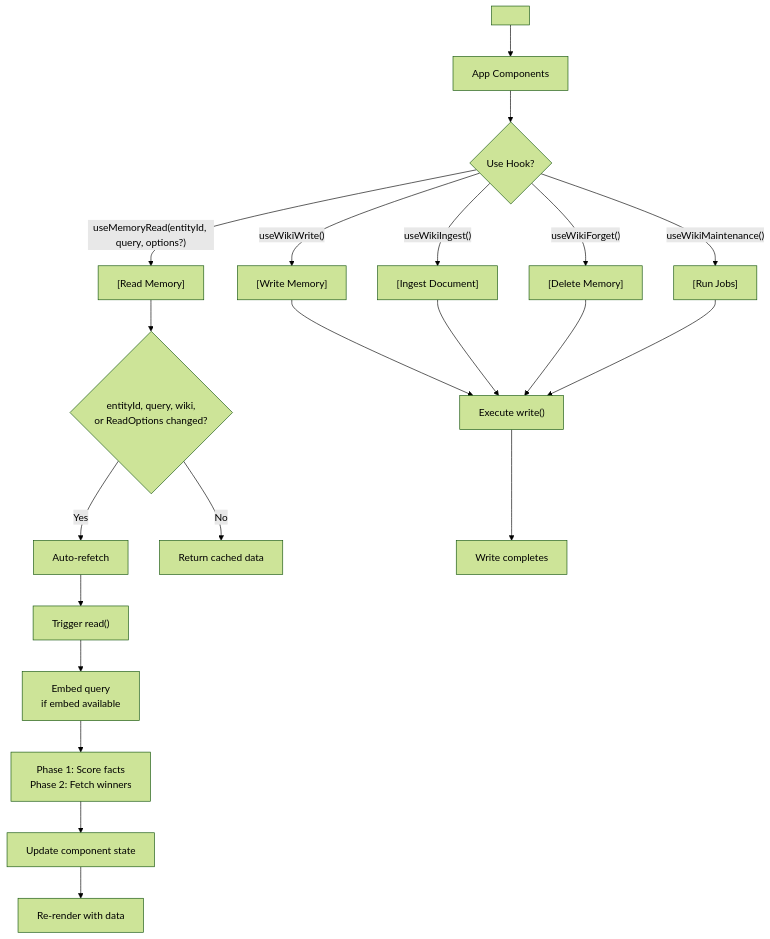
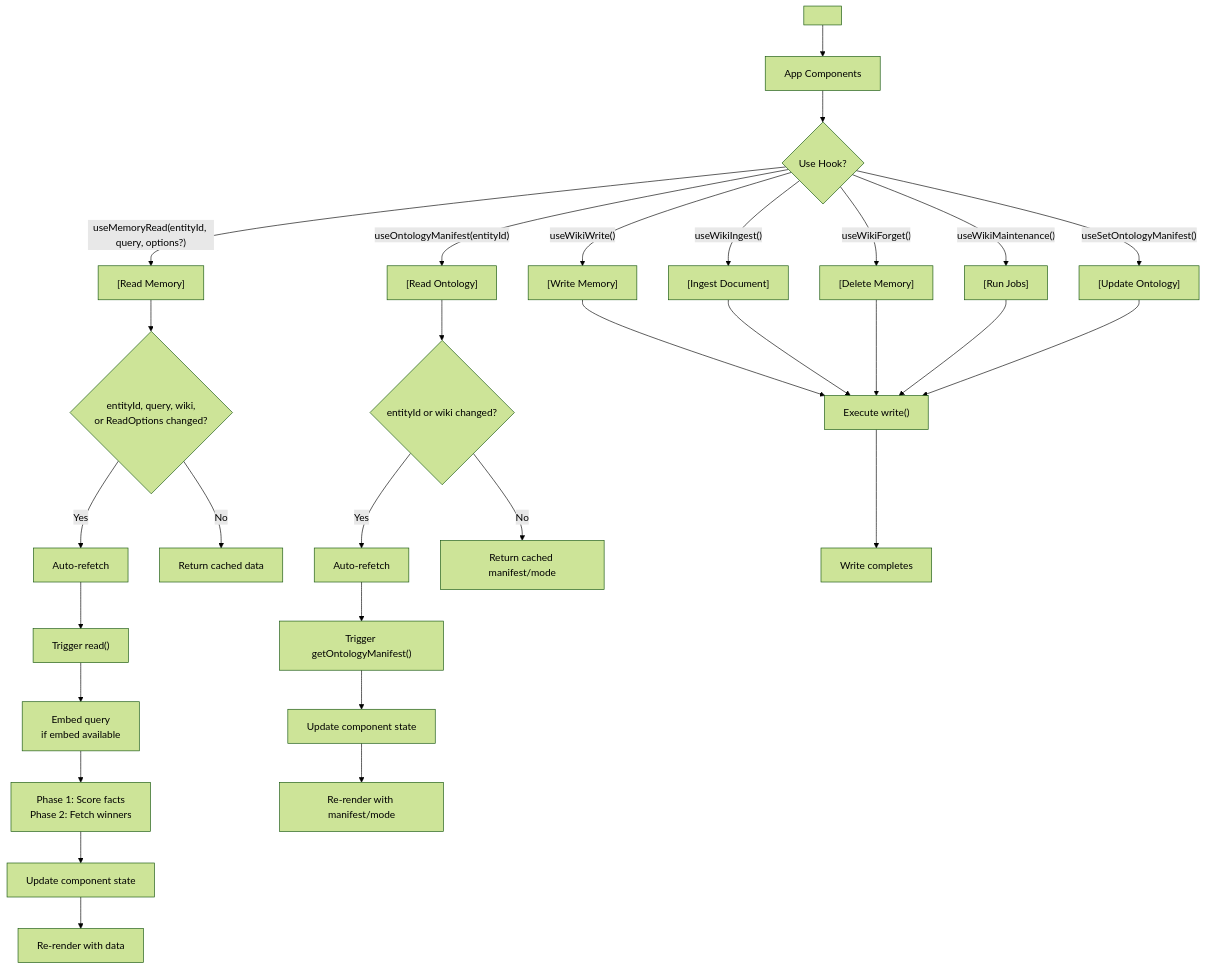
One commit to equationalapplications/expo-llm-wiki changed the first of 2 diagrams in packages/expo/README.md. Above: the diagram before and after it, drawn with Mermaid (forest theme). The commit also changed other lines of this file and 11 other files, not shown here.

First line of the commit message:
feat(react): add ontology manifest hooks

````diff
--- a/packages/expo/README.md
+++ b/packages/expo/README.md
@@ -238,23 +285,32 @@
 ```mermaid
 flowchart TD
     A["<WikiProvider wiki={wiki}>"] --> B["App Components"]
     B --> C{"Use Hook?"}
     C -->|"useMemoryRead(entityId, query, options?)"| D["[Read Memory]"]
     C -->|"useWikiWrite()"| E["[Write Memory]"]
     C -->|"useWikiIngest()"| F["[Ingest Document]"]
     C -->|"useWikiForget()"| G["[Delete Memory]"]
     C -->|"useWikiMaintenance()"| H["[Run Jobs]"]
+    C -->|"useOntologyManifest(entityId)"| S["[Read Ontology]"]
+    C -->|"useSetOntologyManifest()"| T["[Update Ontology]"]
     D --> I{"entityId, query, wiki,<br/>or ReadOptions changed?"}
     I -->|"Yes"| J["Auto-refetch"]
     I -->|"No"| K["Return cached data"]
     J --> L["Trigger read()"]
     L --> M["Embed query<br/>if embed available"]
     M --> N["Phase 1: Score facts<br/>Phase 2: Fetch winners"]
     N --> O["Update component state"]
     O --> P["Re-render with data"]
+    S --> I2{"entityId or wiki changed?"}
+    I2 -->|"Yes"| J2["Auto-refetch"]
+    I2 -->|"No"| K2["Return cached manifest/mode"]
+    J2 --> L2["Trigger getOntologyManifest()"]
+    L2 --> O2["Update component state"]
+    O2 --> P2["Re-render with manifest/mode"]
     E --> Q["Execute write()"]
     F --> Q
     G --> Q
     H --> Q
+    T --> Q
     Q --> R["Write completes"]
 ```
````
